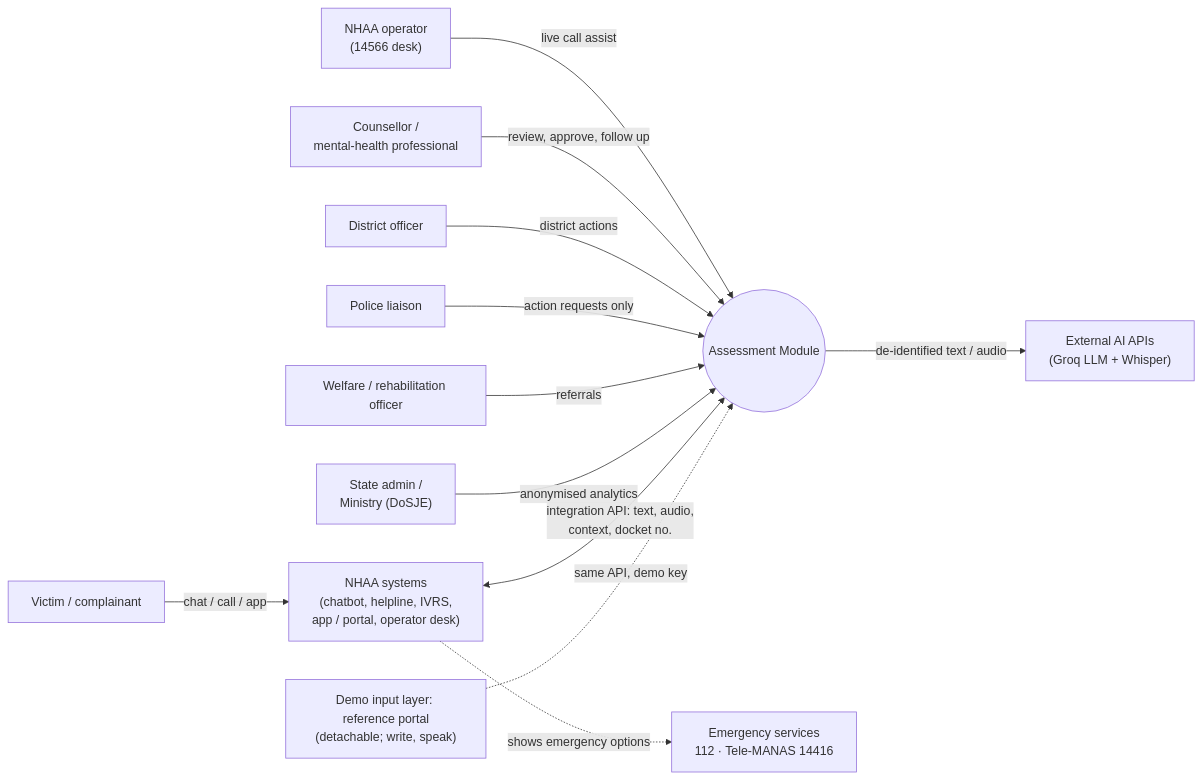
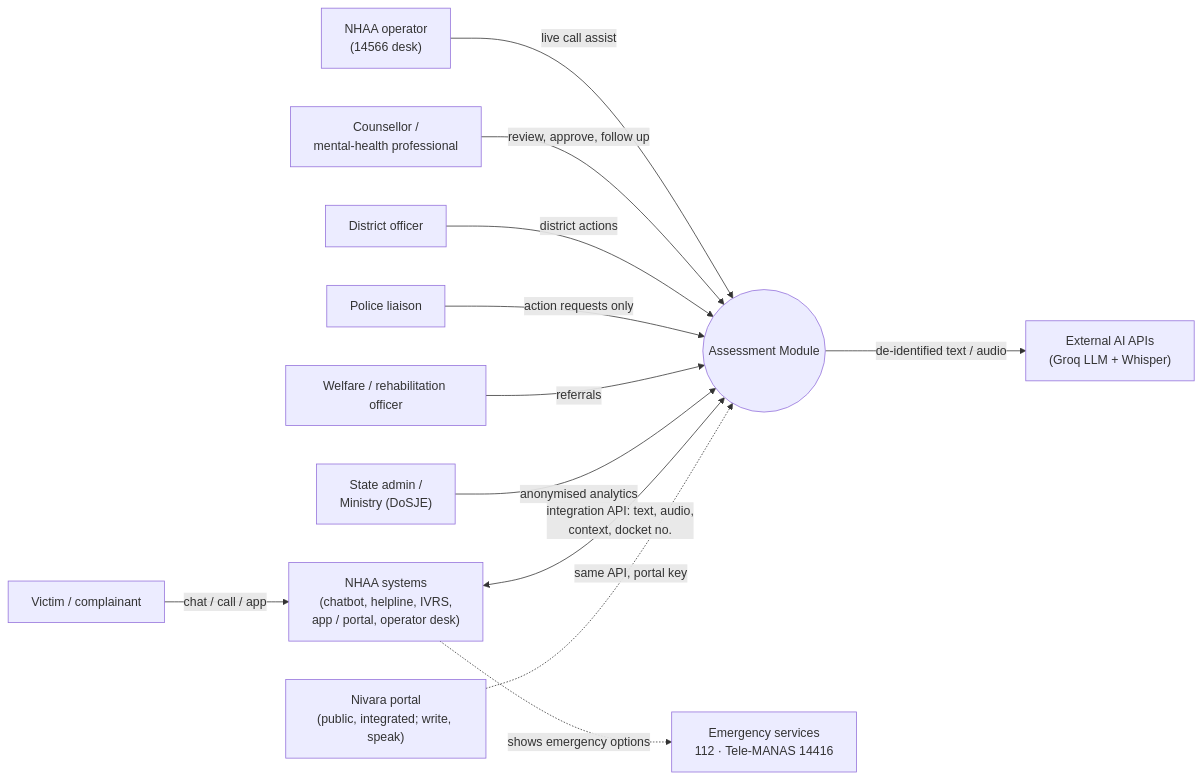
The first of 12 diagrams in docs/ARCHITECTURE.md (anushkaa2205/AI-Based-Real-Time-Stress-and-Trauma-Assessment-Module), drawn with Mermaid before and after one commit. The commit also changed other lines of this file and 13 other files, not shown here.

Commit message:
docs: describe Nivara as an integrated portal with the module plugged in; anushka branch and nightly merge rule

````diff
--- a/docs/ARCHITECTURE.md
+++ b/docs/ARCHITECTURE.md
@@ -57,27 +57,27 @@
 ```mermaid
 flowchart LR
     V["Victim / complainant"]
     OP["NHAA operator<br/>(14566 desk)"]
     CO["Counsellor /<br/>mental-health professional"]
     DO["District officer"]
     PL["Police liaison"]
     WO["Welfare / rehabilitation officer"]
     SM["State admin /<br/>Ministry (DoSJE)"]
     SYS(("Assessment Module"))
     NHAA["NHAA systems<br/>(chatbot, helpline, IVRS,<br/>app / portal, operator desk)"]
-    DEMO["Demo input layer: reference portal<br/>(detachable; write, speak)"]
+    PORTAL["Nivara portal<br/>(public, integrated; write, speak)"]
     AI["External AI APIs<br/>(Groq LLM + Whisper)"]
     EM["Emergency services<br/>112 · Tele-MANAS 14416"]
 
     V -- "chat / call / app" --> NHAA
     OP -- "live call assist" --> SYS
     CO -- "review, approve, follow up" --> SYS
     DO -- "district actions" --> SYS
     PL -- "action requests only" --> SYS
     WO -- "referrals" --> SYS
     SM -- "anonymised analytics" --> SYS
     NHAA <-- "integration API: text, audio,<br/>context, docket no." --> SYS
-    DEMO -. "same API, demo key" .-> SYS
+    PORTAL -. "same API, portal key" .-> SYS
     SYS -- "de-identified text / audio" --> AI
     NHAA -. "shows emergency options" .-> EM
 ```
````
